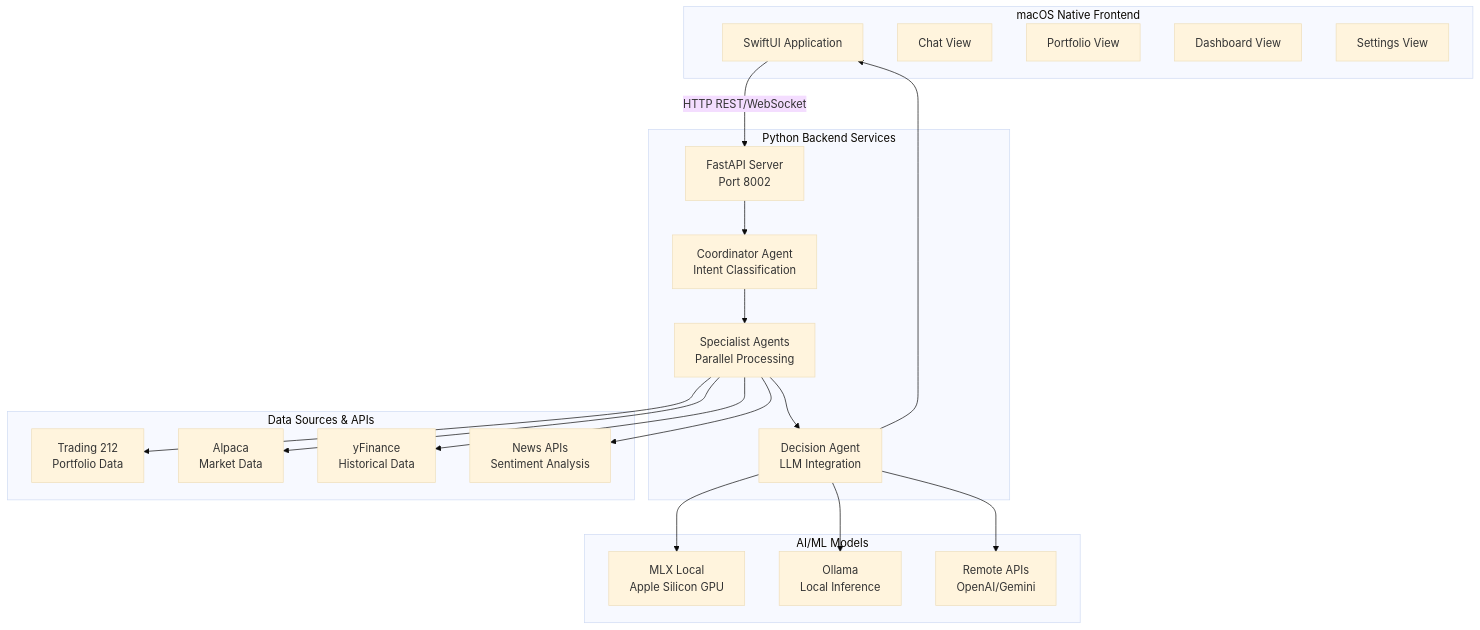
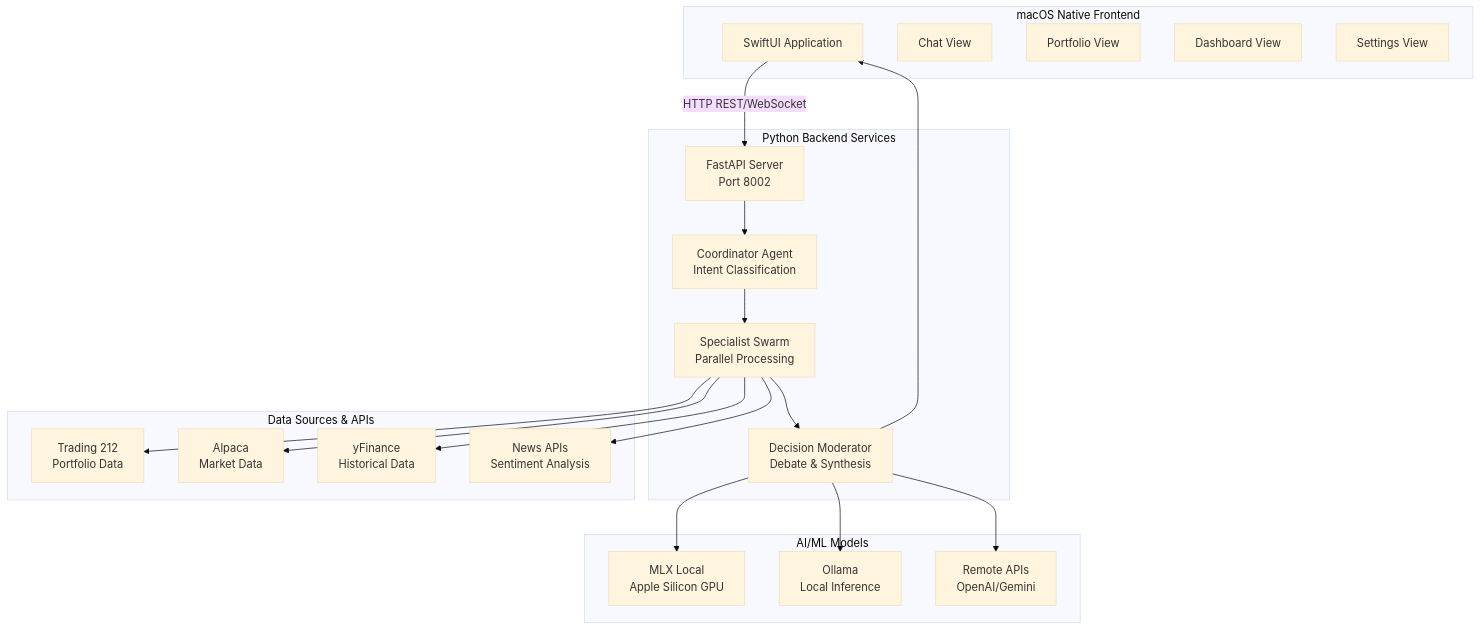
One commit to sank29mane/growin-app changed the first of 2 diagrams in README.md. Above: the diagram before and after it, drawn with Mermaid (base theme). The commit also changed other lines of this file and 2 other files, not shown here.

Commit message:
docs: restore intricate documentation style and diagrams with SOTA 2026 updates

````diff
--- a/README.md
+++ b/README.md
@@ -21,45 +23,45 @@
 ```mermaid
 graph TB
     subgraph "macOS Native Frontend"
         UI[SwiftUI Application]
         CV[Chat View]
         PV[Portfolio View]
         DV[Dashboard View]
         SV[Settings View]
     end
 
     subgraph "Python Backend Services"
         API[FastAPI Server<br/>Port 8002]
         CA[Coordinator Agent<br/>Intent Classification]
-        SA[Specialist Agents<br/>Parallel Processing]
-        DA[Decision Agent<br/>LLM Integration]
+        SA[Specialist Swarm<br/>Parallel Processing]
+        DA[Decision Moderator<br/>Debate & Synthesis]
     end
 
     subgraph "Data Sources & APIs"
         T212[Trading 212<br/>Portfolio Data]
         ALP[Alpaca<br/>Market Data]
         YF[yFinance<br/>Historical Data]
         NEWS[News APIs<br/>Sentiment Analysis]
     end
 
     subgraph "AI/ML Models"
         MLX[MLX Local<br/>Apple Silicon GPU]
         OLL[Ollama<br/>Local Inference]
         REM[Remote APIs<br/>OpenAI/Gemini]
     end
 
     UI -->|HTTP REST/WebSocket| API
     API --> CA
     CA --> SA
     SA --> DA
     DA --> UI
 
     SA --> T212
     SA --> ALP
     SA --> YF
     SA --> NEWS
 
     DA --> MLX
     DA --> OLL
     DA --> REM
 ```
````
